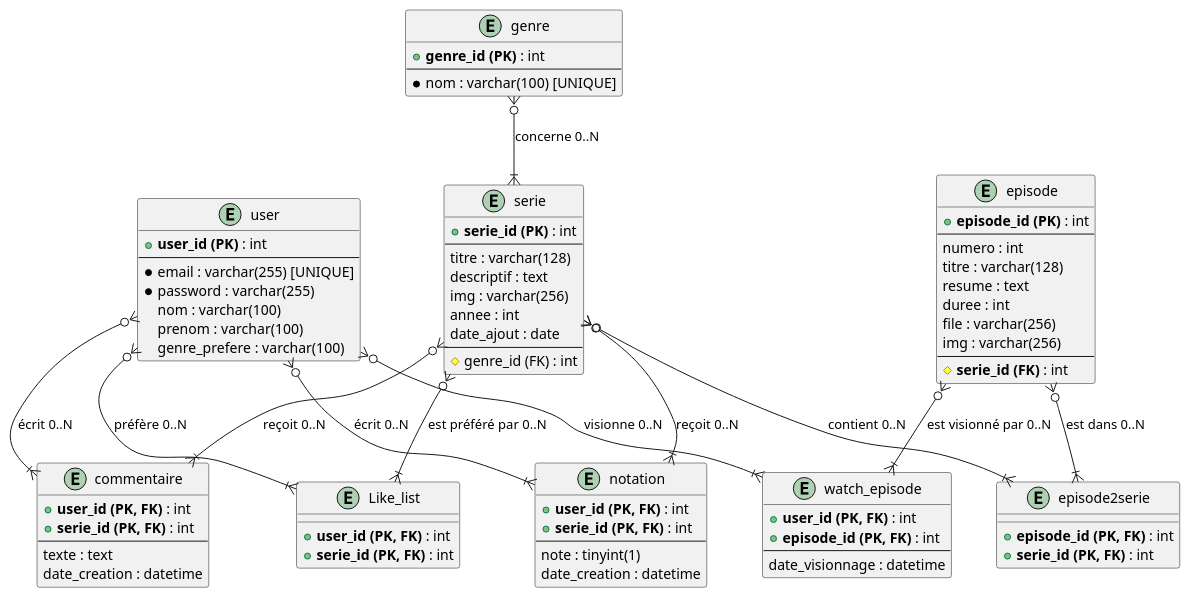
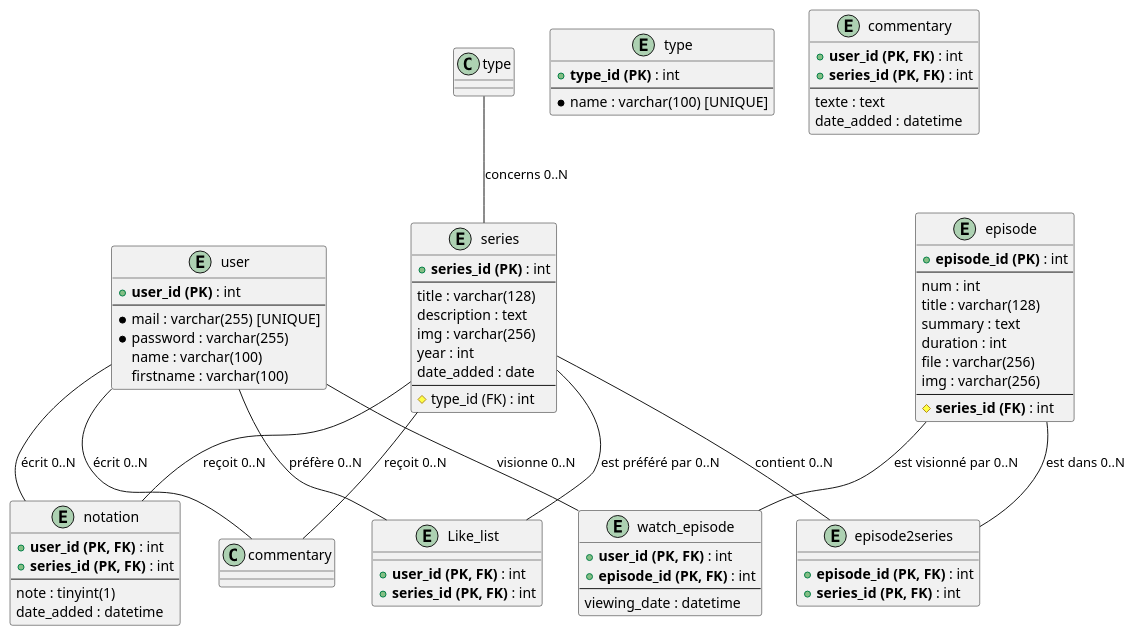
One commit to Adri1-13/OnlyFilms changed the diagram in sql/UMLbd.puml. Above: the diagram before and after it, drawn with PlantUML.

Commit message:
maj puml

```diff
--- a/sql/UMLbd.puml
+++ b/sql/UMLbd.puml
@@ -1,102 +1,101 @@
 @startuml
 
 ' Définition des tables
 
 entity "user" as User {
   + **user_id (PK)** : int
   --
-  * email : varchar(255) [UNIQUE]
+  * mail : varchar(255) [UNIQUE]
   * password : varchar(255)
-  nom : varchar(100)
-  prenom : varchar(100)
-  genre_prefere : varchar(100)
+  name : varchar(100)
+  firstname : varchar(100)
 }
 
-entity "serie" as Serie {
-  + **serie_id (PK)** : int
+entity "series" as Series {
+  + **series_id (PK)** : int
   --
-  titre : varchar(128)
-  descriptif : text
+  title : varchar(128)
+  description : text
   img : varchar(256)
-  annee : int
-  date_ajout : date
+  year : int
+  date_added : date
   --
-  # genre_id (FK) : int
+  # type_id (FK) : int
 }
 
 entity "episode" as Episode {
   + **episode_id (PK)** : int
   --
-  numero : int
-  titre : varchar(128)
-  resume : text
-  duree : int
+  num : int
+  title : varchar(128)
+  summary : text
+  duration : int
   file : varchar(256)
   img : varchar(256)
   --
-  # **serie_id (FK)** : int
+  # **series_id (FK)** : int
 }
 
-entity "genre" as Genre {
-  + **genre_id (PK)** : int
+entity "type" as Type {
+  + **type_id (PK)** : int
   --
-  * nom : varchar(100) [UNIQUE]
+  * name : varchar(100) [UNIQUE]
 }
 
 ' Tables d'association
 
-entity "commentaire" as Commentaire {
+entity "commentary" as Commentary {
   + **user_id (PK, FK)** : int
-  + **serie_id (PK, FK)** : int
+  + **series_id (PK, FK)** : int
   --
   texte : text
-  date_creation : datetime
+  date_added : datetime
 }
 
 entity "notation" as Notation {
   + **user_id (PK, FK)** : int
-  + **serie_id (PK, FK)** : int
+  + **series_id (PK, FK)** : int
   --
   note : tinyint(1)
-  date_creation : datetime
+  date_added : datetime
 }
 
-entity "episode2serie" as Episode2Serie {
+entity "episode2series" as Episode2Series {
   + **episode_id (PK, FK)** : int
-  + **serie_id (PK, FK)** : int
+  + **series_id (PK, FK)** : int
 }
 
 entity "Like_list" as LikeList {
   + **user_id (PK, FK)** : int
-  + **serie_id (PK, FK)** : int
+  + **series_id (PK, FK)** : int
 }
 
 entity "watch_episode" as WatchEpisode {
   + **user_id (PK, FK)** : int
   + **episode_id (PK, FK)** : int
   --
-  date_visionnage : datetime
+  viewing_date : datetime
 }
 
 
 ' Définition des relations
-Genre }o--|{ Serie : "concerne 0..N"
+type -- Series : "concerns 0..N"
 
 
 ' Tables de liaison
-User }o--|{ Commentaire : "écrit 0..N"
-Serie }o--|{ Commentaire : "reçoit 0..N"
+User -- commentary : "écrit 0..N"
+Series -- commentary : "reçoit 0..N"
 
-User }o--|{ Notation : "écrit 0..N"
-Serie }o--|{ Notation : "reçoit 0..N"
+User -- Notation : "écrit 0..N"
+Series -- Notation : "reçoit 0..N"
 
-User }o--|{ LikeList : "préfère 0..N"
-Serie }o--|{ LikeList : "est préféré par 0..N"
+User -- LikeList : "préfère 0..N"
+Series -- LikeList : "est préféré par 0..N"
 
-User }o--|{ WatchEpisode : "visionne 0..N"
-Episode }o--|{ WatchEpisode : "est visionné par 0..N"
+User -- WatchEpisode : "visionne 0..N"
+Episode -- WatchEpisode : "est visionné par 0..N"
 
-Serie }o--|{ Episode2Serie : "contient 0..N"
-Episode }o--|{ Episode2Serie : "est dans 0..N"
+Series -- Episode2Series : "contient 0..N"
+Episode -- Episode2Series : "est dans 0..N"
 
 @enduml
```
